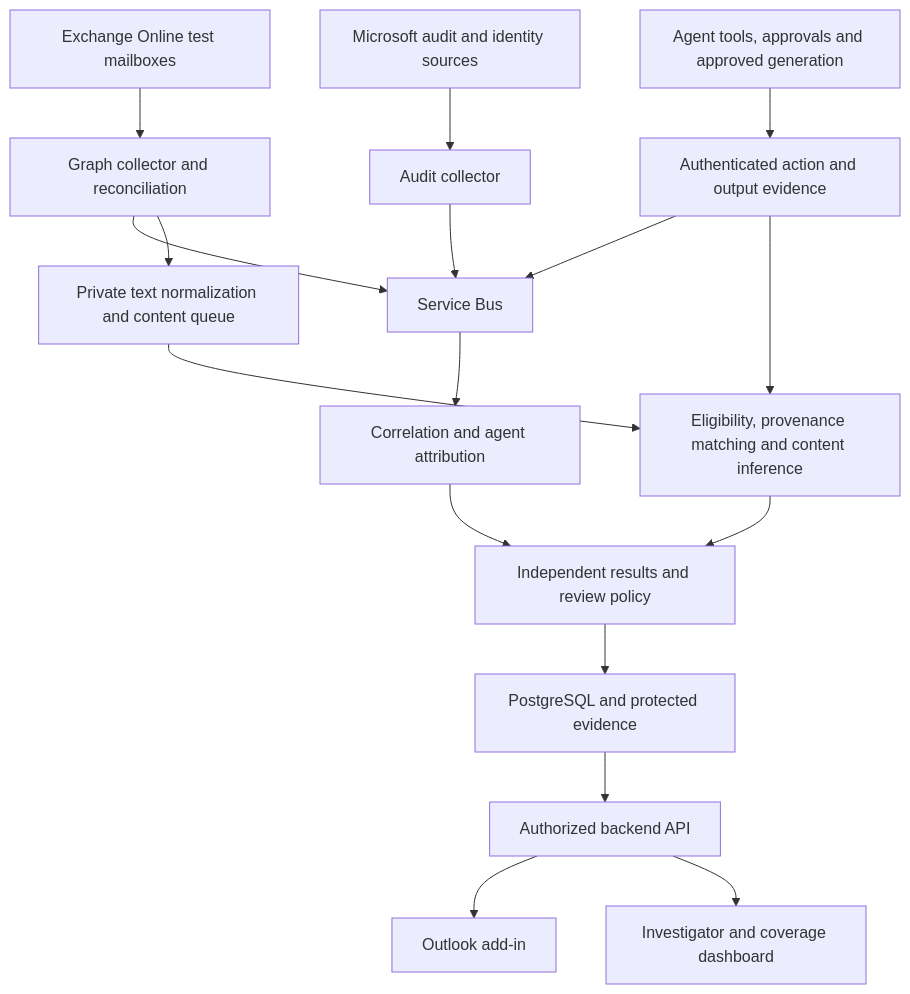
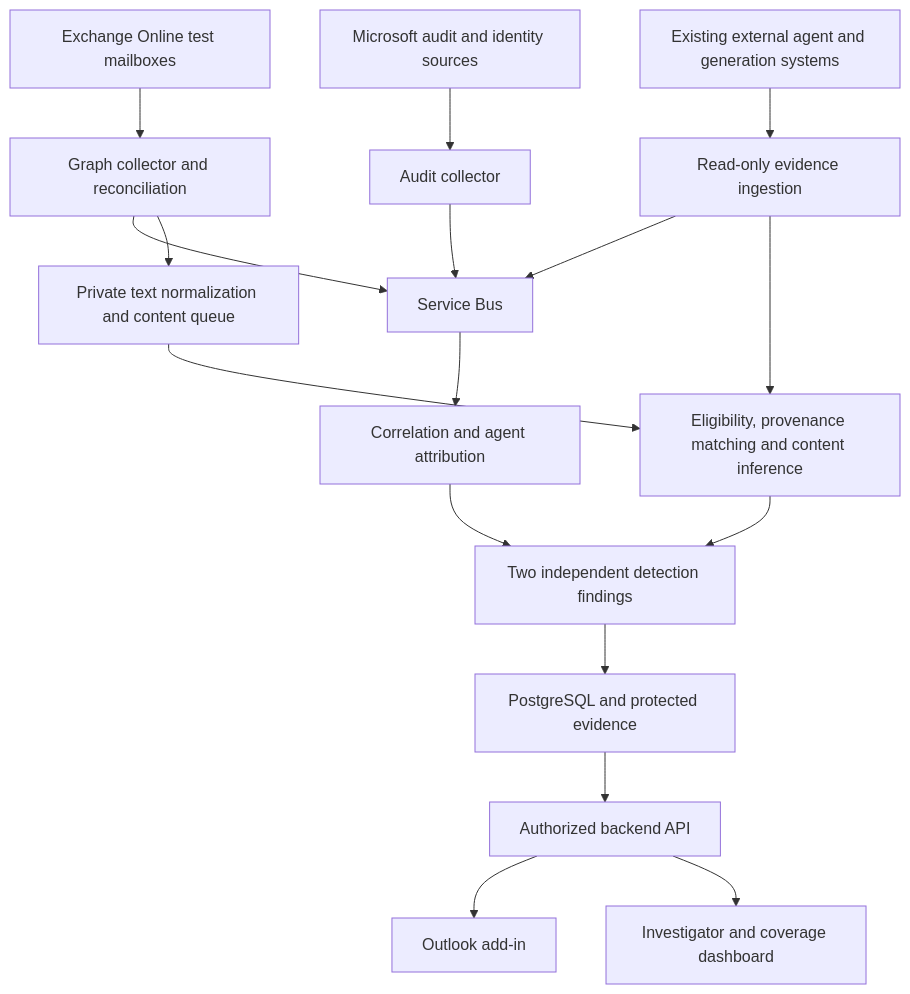
One commit to Kkb113/AgentTrace changed the diagram in implementation.md. Above: the diagram before and after it, drawn with Mermaid. The commit also changed other lines of this file and 1 other file, not shown here.

Commit message:
docs: restrict AgentTrace to two read-only detection findings

````diff
--- a/implementation.md
+++ b/implementation.md
@@ -97,19 +100,19 @@
 ```mermaid
 flowchart TD
     A[Exchange Online test mailboxes] --> B[Graph collector and reconciliation]
-    C[Agent tools, approvals and approved generation] --> D[Authenticated action and output evidence]
+    C[Existing external agent and generation systems] --> D[Read-only evidence ingestion]
     E[Microsoft audit and identity sources] --> F[Audit collector]
     B --> G[Service Bus]
     D --> G
     F --> G
     G --> H[Correlation and agent attribution]
     B --> N[Private text normalization and content queue]
     N --> O[Eligibility, provenance matching and content inference]
     D --> O
-    H --> P[Independent results and review policy]
+    H --> P[Two independent detection findings]
     O --> P
     P --> I[PostgreSQL and protected evidence]
     I --> J[Authorized backend API]
     J --> K[Outlook add-in]
     J --> L[Investigator and coverage dashboard]
 ```
````
